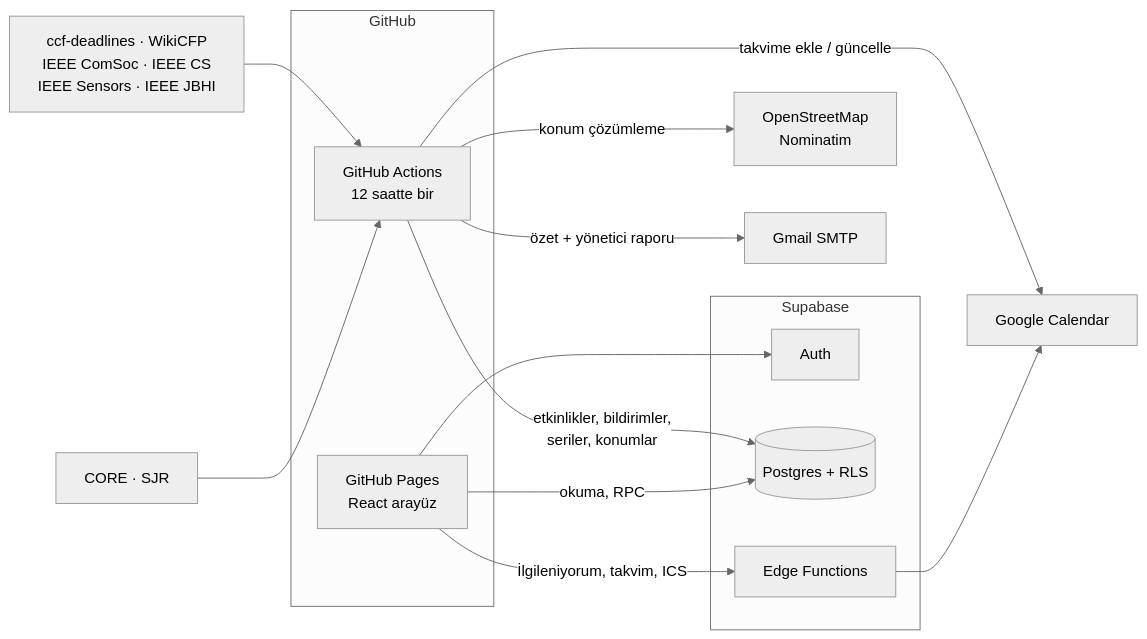
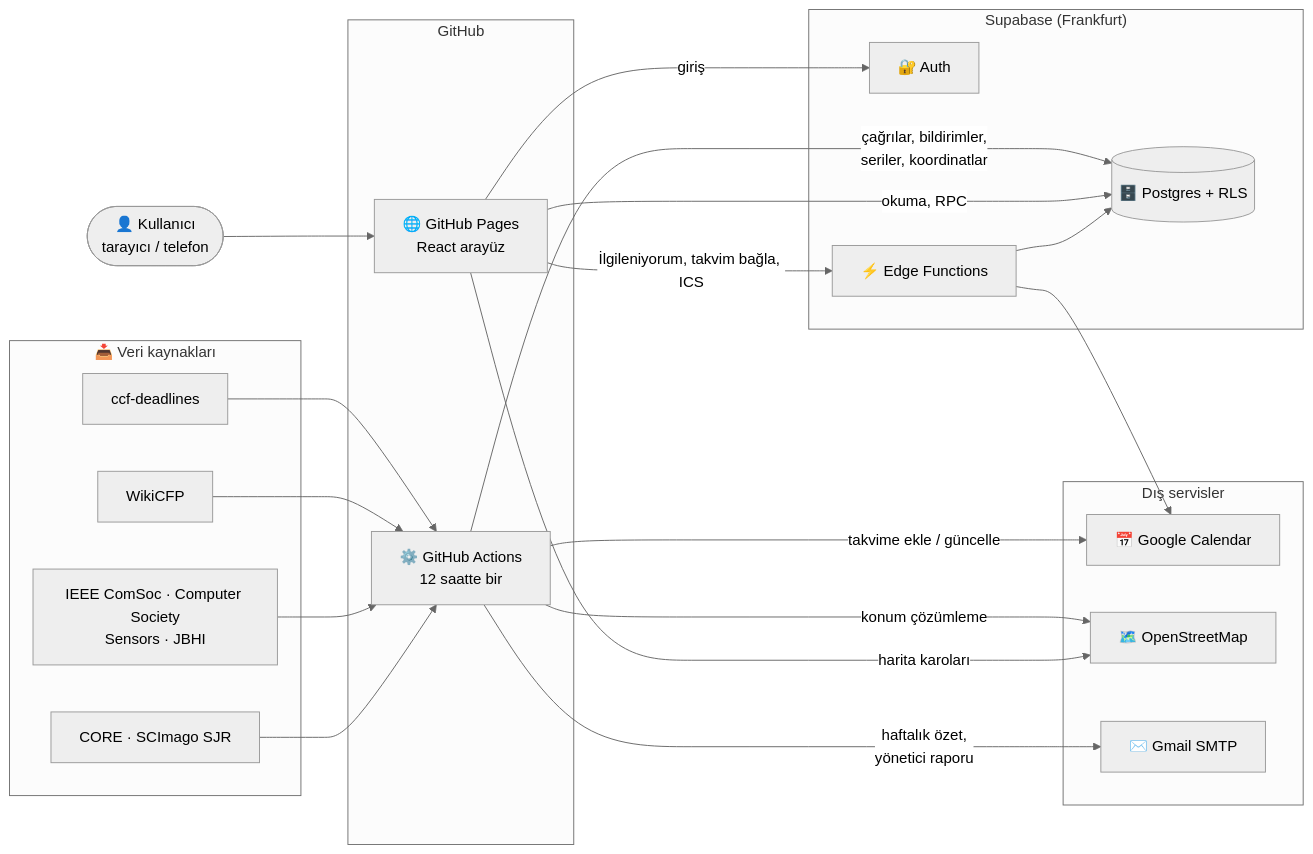
Before and after one commit to SafakSahinn/cfp-calendar: the first of 2 diagrams in docs/MIMARI.md, drawn with Mermaid (neutral theme). The commit also changed other lines of this file, not shown here.

Commit message:
docs: clearer architecture diagram and follow-flow sequence diagram

````diff
--- a/docs/MIMARI.md
+++ b/docs/MIMARI.md
@@ -7,22 +7,41 @@
 ```mermaid
 flowchart LR
-  subgraph GitHub
-    P[GitHub Pages<br/>React arayüz]
-    A[GitHub Actions<br/>12 saatte bir]
+  U(["👤 Kullanıcı<br/>tarayıcı / telefon"])
+
+  subgraph SRC["📥 Veri kaynakları"]
+    S1["ccf-deadlines"]
+    S2["WikiCFP"]
+    S3["IEEE ComSoc · Computer Society<br/>Sensors · JBHI"]
+    S4["CORE · SCImago SJR"]
   end
-  subgraph Supabase
-    AUTH[Auth]
-    DB[(Postgres + RLS)]
-    F[Edge Functions]
+
+  subgraph GH["GitHub"]
+    P["🌐 GitHub Pages<br/>React arayüz"]
+    A["⚙️ GitHub Actions<br/>12 saatte bir"]
   end
-  S[ccf-deadlines · WikiCFP<br/>IEEE ComSoc · IEEE CS<br/>IEEE Sensors · IEEE JBHI] --> A
-  R[CORE · SJR] --> A
-  A -->|etkinlikler, bildirimler,<br/>seriler, konumlar| DB
-  A -->|konum çözümleme| OSM[OpenStreetMap<br/>Nominatim]
-  A -->|takvime ekle / güncelle| G[Google Calendar]
-  A -->|özet + yönetici raporu| SMTP[Gmail SMTP]
-  P --> AUTH
-  P -->|okuma, RPC| DB
-  P -->|İlgileniyorum, takvim, ICS| F
+
+  subgraph SB["Supabase (Frankfurt)"]
+    AUTH["🔐 Auth"]
+    DB[("🗄️ Postgres + RLS")]
+    F["⚡ Edge Functions"]
+  end
+
+  subgraph EXT["Dış servisler"]
+    G["📅 Google Calendar"]
+    OSM["🗺️ OpenStreetMap"]
+    M["✉️ Gmail SMTP"]
+  end
+
+  S1 & S2 & S3 & S4 --> A
+  A -- "çağrılar, bildirimler,<br/>seriler, koordinatlar" --> DB
+  A -- "konum çözümleme" --> OSM
+  A -- "takvime ekle / güncelle" --> G
+  A -- "haftalık özet,<br/>yönetici raporu" --> M
+  U --> P
+  P -- "giriş" --> AUTH
+  P -- "okuma, RPC" --> DB
+  P -- "İlgileniyorum, takvim bağla, ICS" --> F
+  P -- "harita karoları" --> OSM
   F --> G
+  F --> DB
 ```
````
